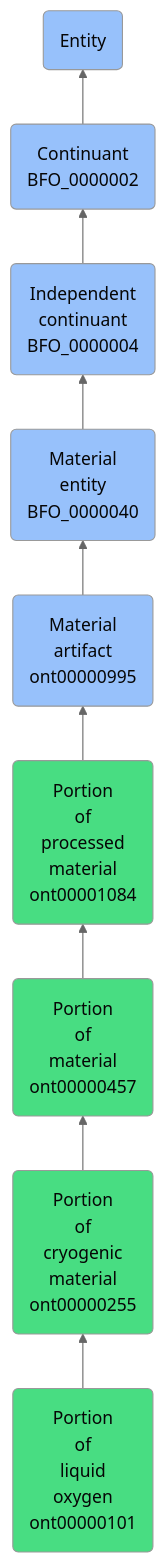
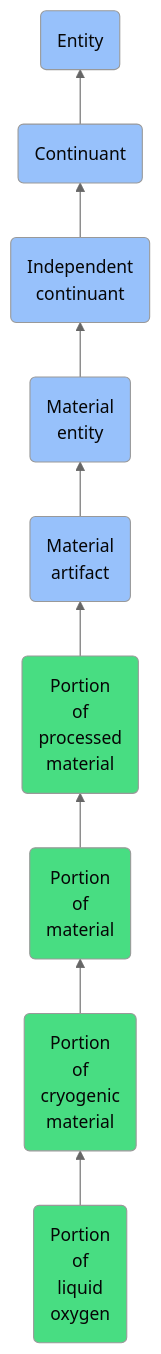
One commit to jupyter-naas/abi changed the diagram in docs/ontology/reference/model/Entity/Continuant/Independent continuant/Material entity/Material artifact/Portion of processed material/Portion of material/Portion of cryogenic material/Portion of liquid oxygen/Portion of liquid oxygen.md. Above: the diagram before and after it, drawn with Mermaid (neutral theme). The commit also changed other lines of this file and 1430 other files, not shown here.

````diff
--- a/docs/ontology/reference/model/Entity/Continuant/Independent continuant/Material entity/Material artifact/Portion of processed material/Portion of material/Portion of cryogenic material/Portion of liquid oxygen/Portion of liquid oxygen.md
+++ b/docs/ontology/reference/model/Entity/Continuant/Independent continuant/Material entity/Material artifact/Portion of processed material/Portion of material/Portion of cryogenic material/Portion of liquid oxygen/Portion of liquid oxygen.md
@@ -24,16 +24,16 @@
 ```mermaid
 graph BT
-    ont00000101(Portion<br>of<br>liquid<br>oxygen<br>ont00000101):::ABI-->ont00000255
-    ont00000255(Portion<br>of<br>cryogenic<br>material<br>ont00000255):::ABI-->ont00000457
-    ont00000457(Portion<br>of<br>material<br>ont00000457):::ABI-->ont00001084
-    ont00001084(Portion<br>of<br>processed<br>material<br>ont00001084):::ABI-->ont00000995
-    ont00000995(Material<br>artifact<br>ont00000995):::BFO-->BFO_0000040
-    BFO_0000040(Material<br>entity<br>BFO_0000040):::BFO-->BFO_0000004
-    BFO_0000004(Independent<br>continuant<br>BFO_0000004):::BFO-->BFO_0000002
-    BFO_0000002(Continuant<br>BFO_0000002):::BFO-->BFO_0000001
+    ont00000101(Portion<br>of<br>liquid<br>oxygen):::ABI-->ont00000255
+    ont00000255(Portion<br>of<br>cryogenic<br>material):::ABI-->ont00000457
+    ont00000457(Portion<br>of<br>material):::ABI-->ont00001084
+    ont00001084(Portion<br>of<br>processed<br>material):::ABI-->ont00000995
+    ont00000995(Material<br>artifact):::BFO-->BFO_0000040
+    BFO_0000040(Material<br>entity):::BFO-->BFO_0000004
+    BFO_0000004(Independent<br>continuant):::BFO-->BFO_0000002
+    BFO_0000002(Continuant):::BFO-->BFO_0000001
     BFO_0000001(Entity):::BFO
     
     classDef BFO fill:#97c1fb,color:#060606
     classDef CCO fill:#e4c51e,color:#060606
     classDef ABI fill:#48DD82,color:#060606
 ```
````
